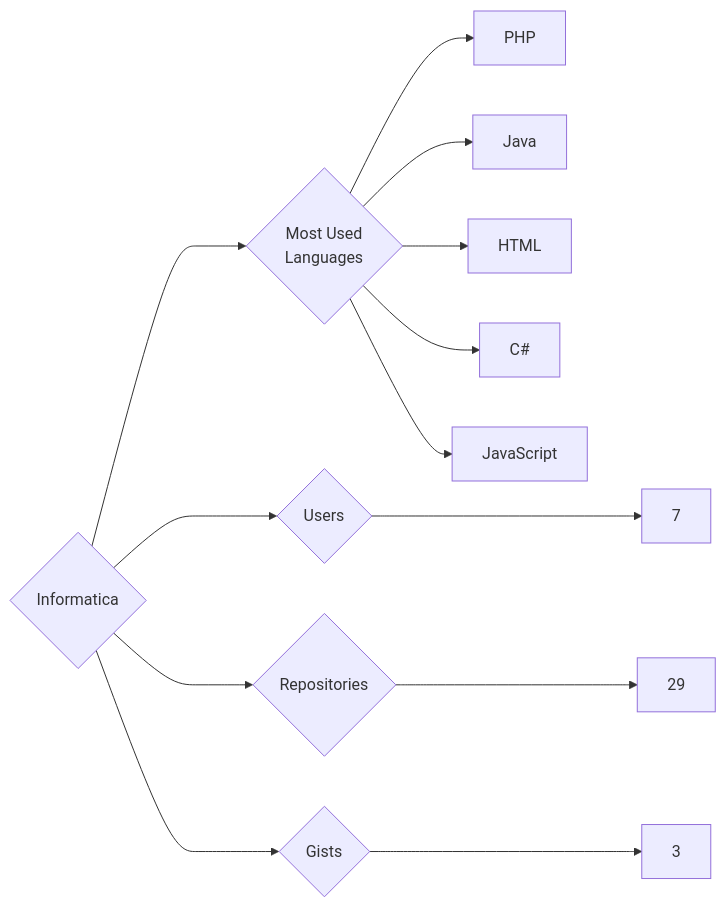
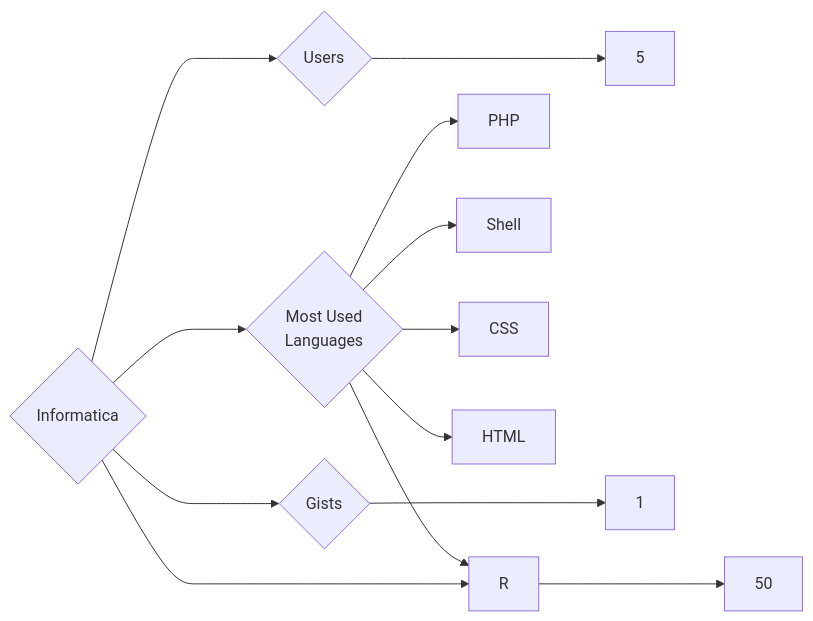
The diagram in targets/Informatica/README.md (trickest/insiders), drawn with Mermaid before and after one commit. The commit also changed 559 other files, not shown here.

````diff
--- a/targets/Informatica/README.md
+++ b/targets/Informatica/README.md
@@ -3,13 +3,13 @@
 ```mermaid
 graph LR
 COMPANY_NAME{Informatica}
-COMPANY_NAME ---> U{Users} ---> UN[7]
-COMPANY_NAME ---> R{Repositories} ---> RN[29]
-COMPANY_NAME ---> G{Gists} ---> GN[3]
+COMPANY_NAME ---> U{Users} ---> UN[5]
+COMPANY_NAME ---> R{Repositories} ---> RN[50]
+COMPANY_NAME ---> G{Gists} ---> GN[1]
 COMPANY_NAME ---> ML{Most Used<br>Languages}
 ML --> PHP[PHP]
-ML --> Java[Java]
+ML --> Shell[Shell]
+ML --> CSS[CSS]
 ML --> HTML[HTML]
-ML --> C#[C#]
-ML --> JavaScript[JavaScript]
+ML --> R[R]
 ```
````
